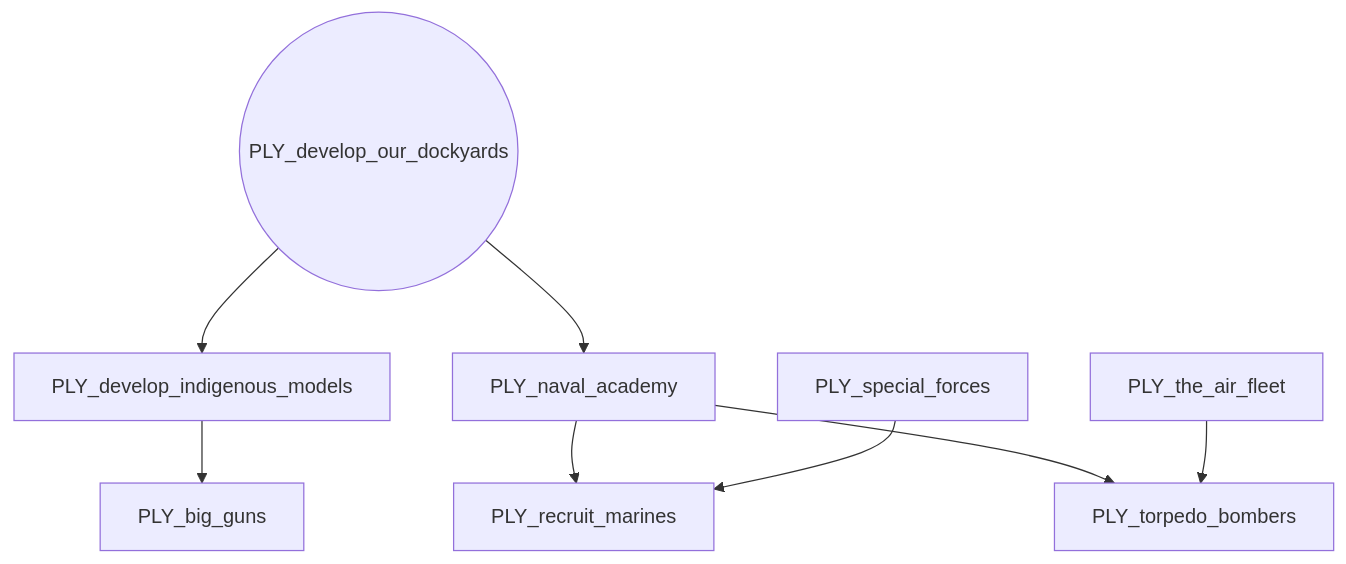
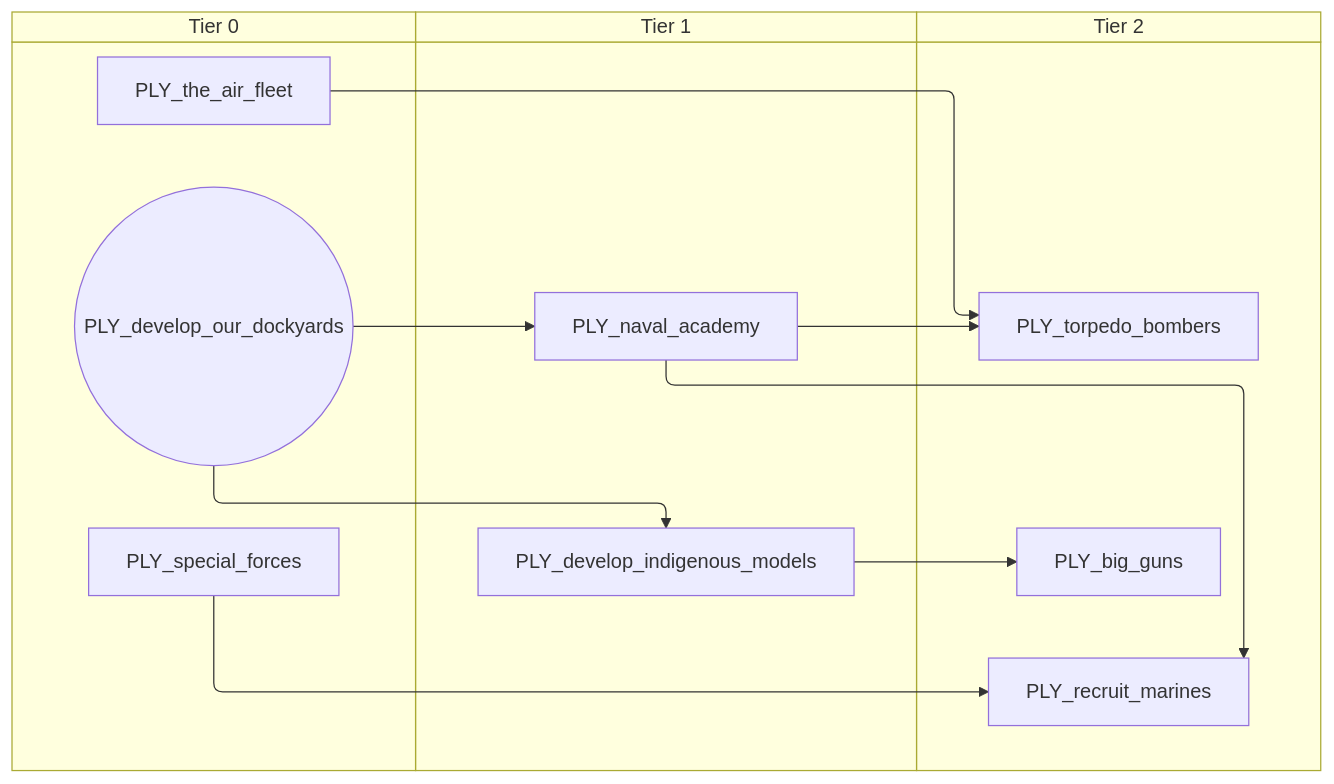
The fourth of 6 diagrams in docs/gdd/National Focuses/r56/r56_polynesian.md (evgeny-sobol/hoi4-sandbox-mode-r56), drawn with Mermaid before and after one commit. The commit also changed other lines of this file and 423 other files, not shown here.

First line of the commit message:
Re-export Rt56 focus trees as swimlane diagrams

````diff
--- a/docs/gdd/National Focuses/r56/r56_polynesian.md
+++ b/docs/gdd/National Focuses/r56/r56_polynesian.md
@@ -110,18 +146,24 @@
 ```mermaid
-flowchart TD
-    n42["PLY_big_guns"]
-    n43["PLY_develop_indigenous_models"]
-    n44(("PLY_develop_our_dockyards"))
-    n39["PLY_naval_academy"]
-    n45["PLY_recruit_marines"]
-    n46["PLY_special_forces"]
-    n40["PLY_the_air_fleet"]
-    n41["PLY_torpedo_bombers"]
-    n43 --> n42
-    n44 --> n43
-    n44 --> n39
-    n39 --> n45
-    n46 --> n45
+swimlane-beta TD
+    subgraph tier_0["Tier 0"]
+        n42(("PLY_develop_our_dockyards"))
+        n43["PLY_special_forces"]
+        n40["PLY_the_air_fleet"]
+    end
+    subgraph tier_1["Tier 1"]
+        n44["PLY_develop_indigenous_models"]
+        n39["PLY_naval_academy"]
+    end
+    subgraph tier_2["Tier 2"]
+        n45["PLY_big_guns"]
+        n46["PLY_recruit_marines"]
+        n41["PLY_torpedo_bombers"]
+    end
+    n44 --> n45
+    n42 --> n44
+    n42 --> n39
+    n39 --> n46
+    n43 --> n46
     n39 --> n41
     n40 --> n41
 ```
````
